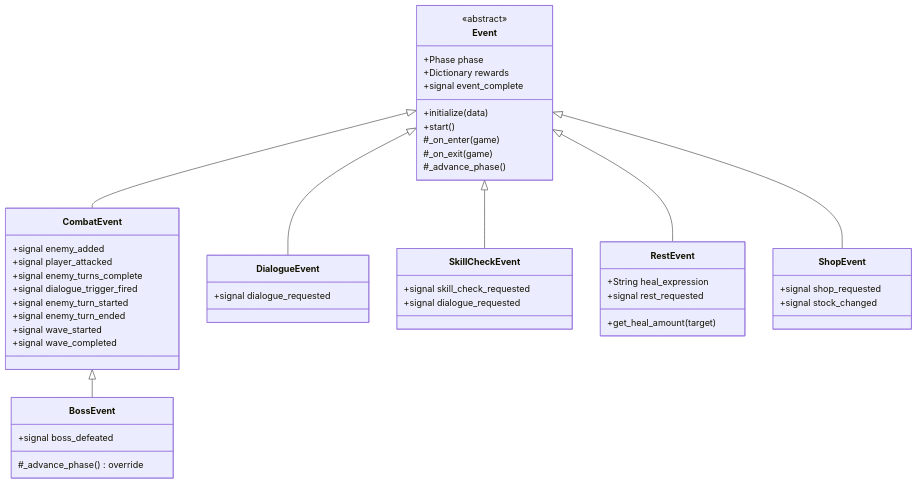
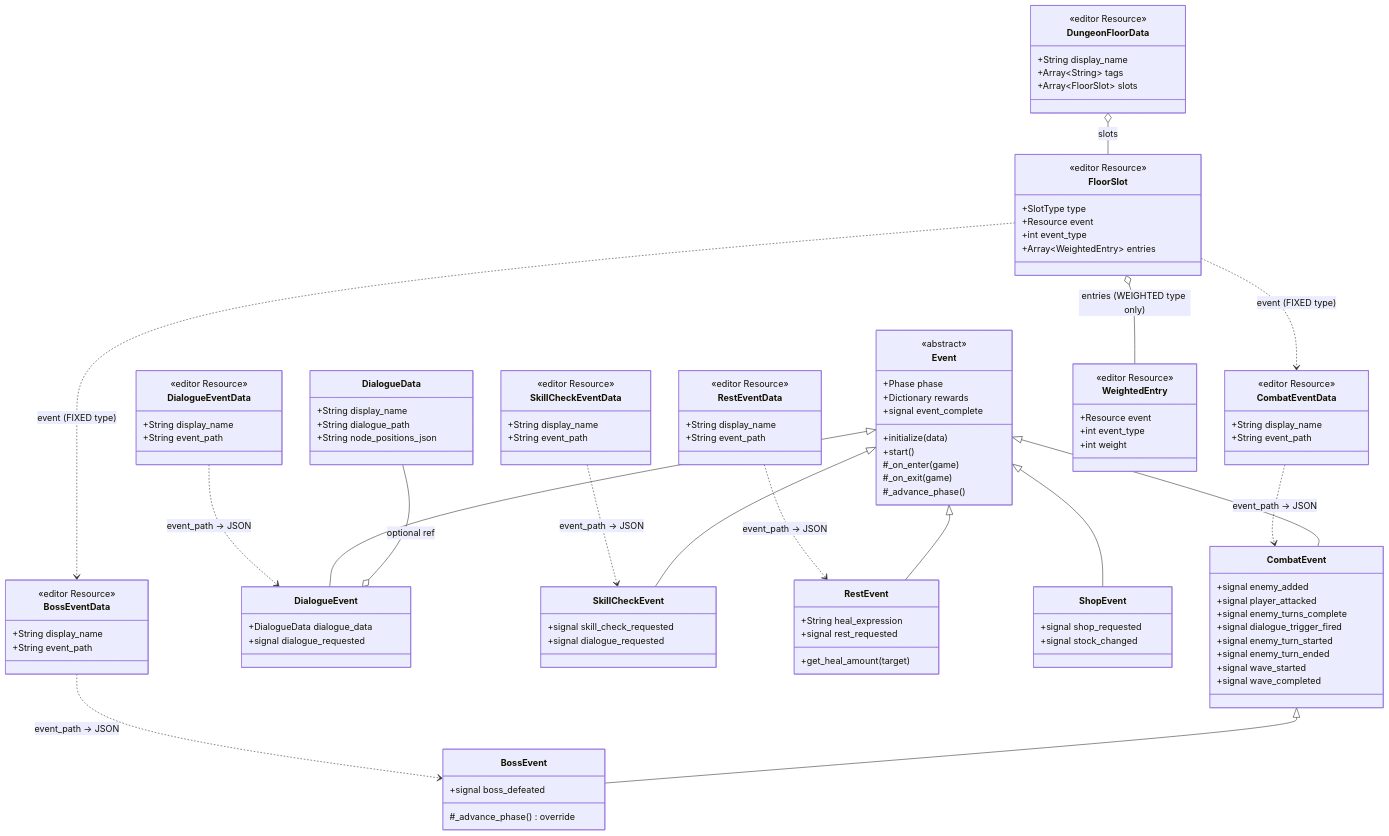
One commit to mjholder/crawler changed the second of 5 diagrams in journal/architecture.md. Above: the diagram before and after it, drawn with Mermaid. The commit also changed other lines of this file and 94 other files, not shown here.

````diff
--- a/journal/architecture.md
+++ b/journal/architecture.md
@@ -82,9 +84,16 @@
         +signal boss_defeated
         #_advance_phase() override
     }
+    class DialogueData {
+        +String display_name
+        +String dialogue_path
+        +String node_positions_json
+    }
     class DialogueEvent {
+        +DialogueData dialogue_data
         +signal dialogue_requested
     }
+    DialogueData --o DialogueEvent : optional ref
     class SkillCheckEvent {
         +signal skill_check_requested
         +signal dialogue_requested
@@ -105,4 +114,61 @@
     Event <|-- SkillCheckEvent
     Event <|-- RestEvent
     Event <|-- ShopEvent
+
+    class CombatEventData {
+        <<editor Resource>>
+        +String display_name
+        +String event_path
+    }
+    class BossEventData {
+        <<editor Resource>>
+        +String display_name
+        +String event_path
+    }
+    class DialogueEventData {
+        <<editor Resource>>
+        +String display_name
+        +String event_path
+    }
+    class SkillCheckEventData {
+        <<editor Resource>>
+        +String display_name
+        +String event_path
+    }
+    class RestEventData {
+        <<editor Resource>>
+        +String display_name
+        +String event_path
+    }
+
+    CombatEventData ..> CombatEvent : event_path → JSON
+    BossEventData ..> BossEvent : event_path → JSON
+    DialogueEventData ..> DialogueEvent : event_path → JSON
+    SkillCheckEventData ..> SkillCheckEvent : event_path → JSON
+    RestEventData ..> RestEvent : event_path → JSON
+
+    class DungeonFloorData {
+        <<editor Resource>>
+        +String display_name
+        +Array~String~ tags
+        +Array~FloorSlot~ slots
+    }
+    class FloorSlot {
+        <<editor Resource>>
+        +SlotType type
+        +Resource event
+        +int event_type
+        +Array~WeightedEntry~ entries
+    }
+    class WeightedEntry {
+        <<editor Resource>>
+        +Resource event
+        +int event_type
+        +int weight
+    }
+
+    DungeonFloorData o-- FloorSlot : slots
+    FloorSlot o-- WeightedEntry : entries (WEIGHTED type only)
+    FloorSlot ..> CombatEventData : event (FIXED type)
+    FloorSlot ..> BossEventData : event (FIXED type)
 ```
````
